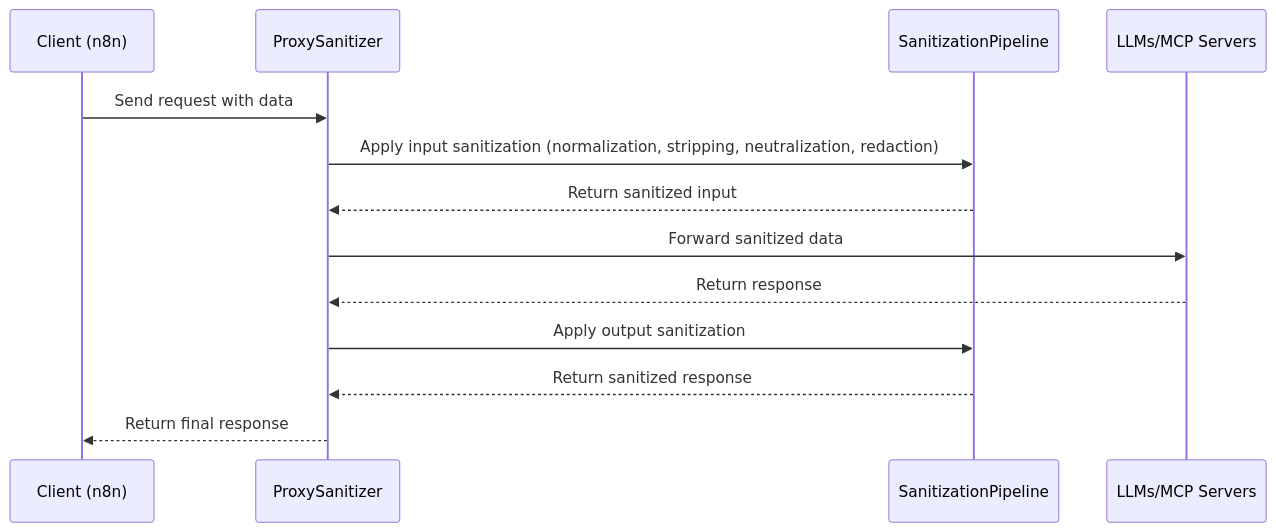
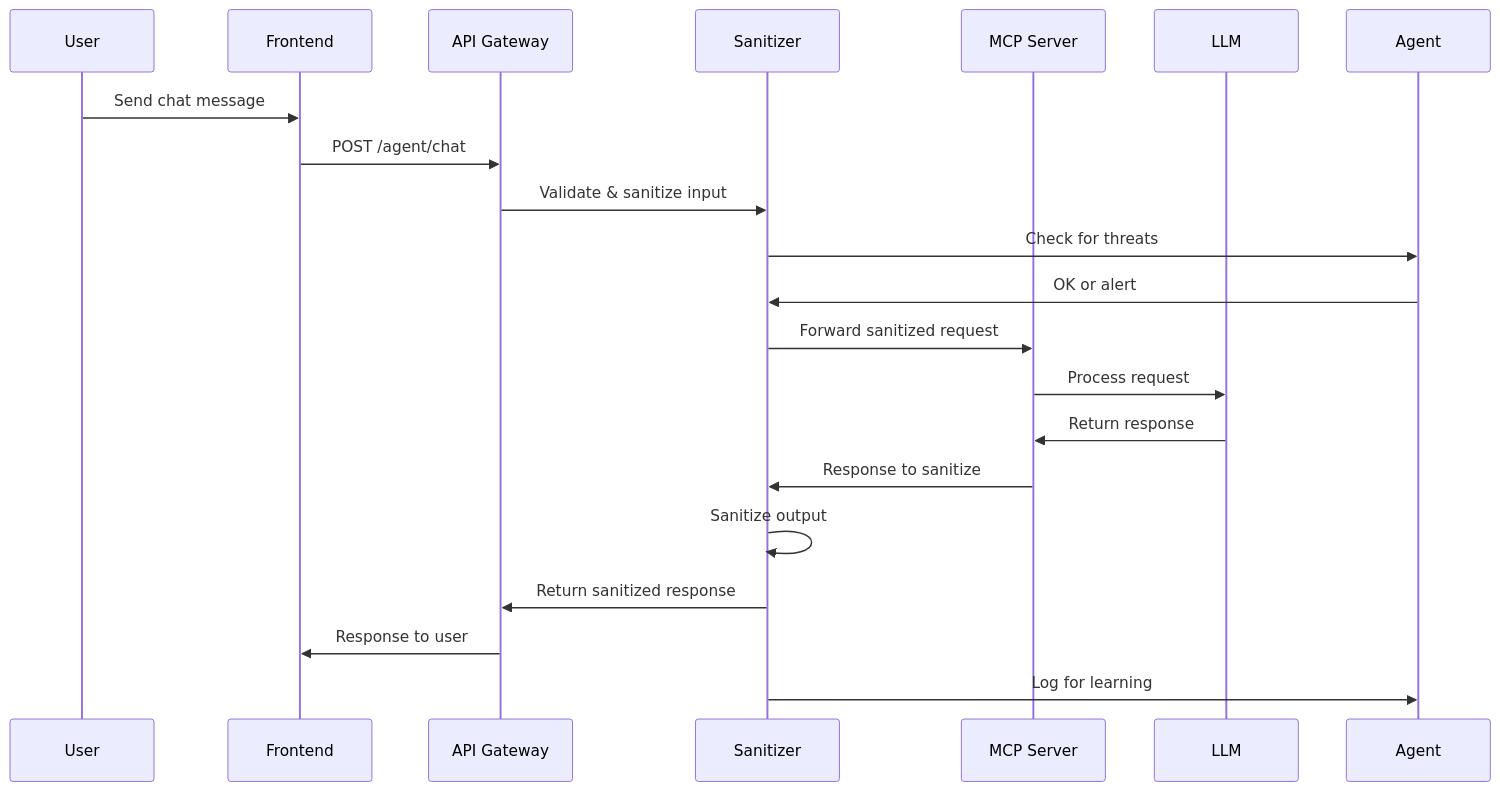
The third of 5 diagrams in docs/architecture.md (braedonmerlodev/MCP-AI-Sanitizer), drawn with Mermaid before and after one commit. The commit also changed other lines of this file and 14768 other files, not shown here.

Commit message:
Add project brief, PRD, UX spec, and architecture for frontend UI chat interface; update agent implementation docs

````diff
--- a/docs/architecture.md
+++ b/docs/architecture.md
@@ -36,16 +359,24 @@
 ```mermaid
 sequenceDiagram
-    participant C as Client (n8n)
-    participant P as ProxySanitizer
-    participant S as SanitizationPipeline
-    participant L as LLMs/MCP Servers
+    participant U as User
+    participant F as Frontend
+    participant A as API Gateway
+    participant S as Sanitizer
+    participant M as MCP Server
+    participant L as LLM
+    participant Ag as Agent
 
-    C->>P: Send request with data
-    P->>S: Apply input sanitization (normalization, stripping, neutralization, redaction)
-    S-->>P: Return sanitized input
-    P->>L: Forward sanitized data
-    L-->>P: Return response
-    P->>S: Apply output sanitization
-    S-->>P: Return sanitized response
-    P-->>C: Return final response
+    U->>F: Send chat message
+    F->>A: POST /agent/chat
+    A->>S: Validate & sanitize input
+    S->>Ag: Check for threats
+    Ag->>S: OK or alert
+    S->>M: Forward sanitized request
+    M->>L: Process request
+    L->>M: Return response
+    M->>S: Response to sanitize
+    S->>S: Sanitize output
+    S->>A: Return sanitized response
+    A->>F: Response to user
+    S->>Ag: Log for learning
 ```
````
